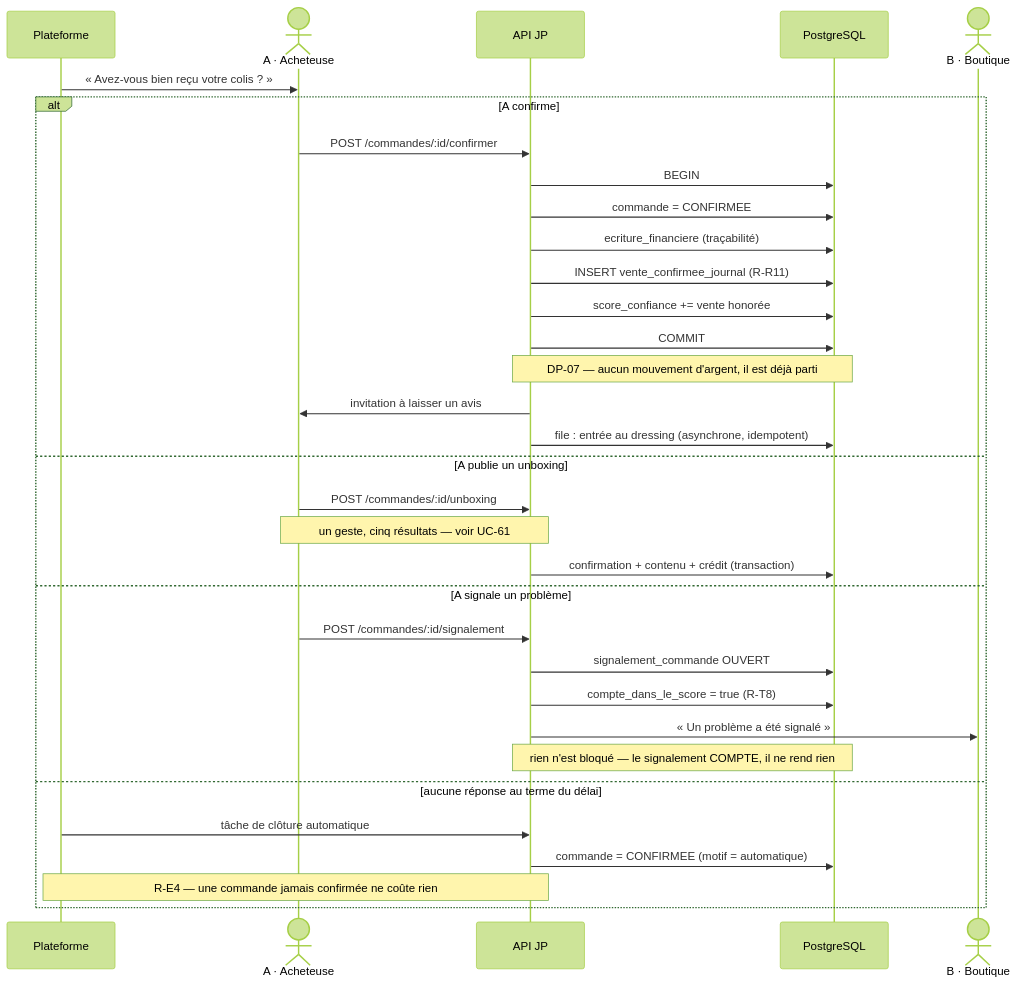
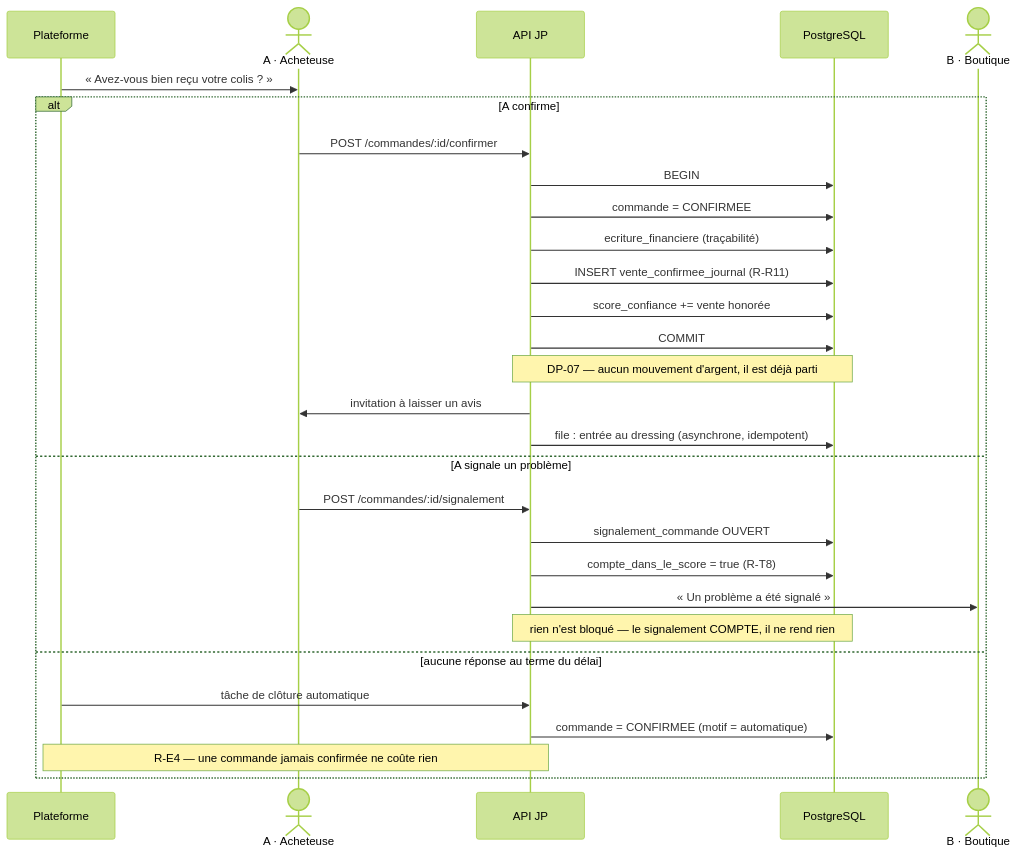
Before and after one commit to andokevin/jp: diagram 12 of 25 in docs/JP_CAS_UTILISATION.md, drawn with Mermaid (forest theme). The commit also changed other lines of this file and 32 other files, not shown here.

````diff
--- a/docs/JP_CAS_UTILISATION.md
+++ b/docs/JP_CAS_UTILISATION.md
@@ -900,37 +896,33 @@
 ```mermaid
 sequenceDiagram
     participant SYS as Plateforme
     actor A as A · Acheteuse
     participant API as API JP
     participant DB as PostgreSQL
     actor B as B · Boutique
 
     SYS->>A: « Avez-vous bien reçu votre colis ? »
 
     alt A confirme
         A->>API: POST /commandes/:id/confirmer
         API->>DB: BEGIN
         API->>DB: commande = CONFIRMEE
         API->>DB: ecriture_financiere (traçabilité)
         API->>DB: INSERT vente_confirmee_journal (R-R11)
         API->>DB: score_confiance += vente honorée
         API->>DB: COMMIT
         Note over API,DB: DP-07 — aucun mouvement d'argent, il est déjà parti
         API->>A: invitation à laisser un avis
         API->>DB: file : entrée au dressing (asynchrone, idempotent)
-    else A publie un unboxing
-        A->>API: POST /commandes/:id/unboxing
-        Note over A,API: un geste, cinq résultats — voir UC-61
-        API->>DB: confirmation + contenu + crédit (transaction)
     else A signale un problème
         A->>API: POST /commandes/:id/signalement
         API->>DB: signalement_commande OUVERT
         API->>DB: compte_dans_le_score = true (R-T8)
         API->>B: « Un problème a été signalé »
         Note over API,DB: rien n'est bloqué — le signalement COMPTE, il ne rend rien
     else aucune réponse au terme du délai
         SYS->>API: tâche de clôture automatique
         API->>DB: commande = CONFIRMEE (motif = automatique)
         Note over SYS,API: R-E4 — une commande jamais confirmée ne coûte rien
     end
 ```
````
